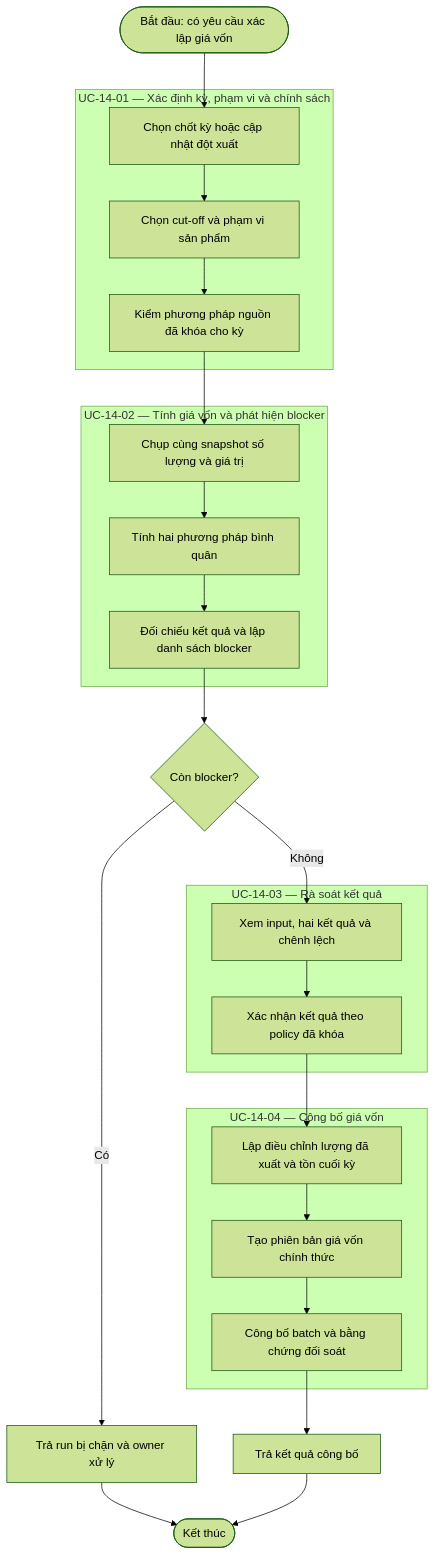
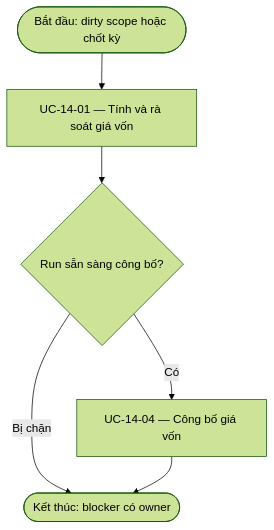
One commit to DsChien102/erp-sales-inventory changed the diagram in specs/themes/theme-07/02.specification/behavior/journeys/BJ-14-tinh-va-cong-bo-gia-von.md. Above: the diagram before and after it, drawn with Mermaid (forest theme). The commit also changed other lines of this file and 4136 other files, not shown here.

````diff
--- a/specs/themes/theme-07/02.specification/behavior/journeys/BJ-14-tinh-va-cong-bo-gia-von.md
+++ b/specs/themes/theme-07/02.specification/behavior/journeys/BJ-14-tinh-va-cong-bo-gia-von.md
@@ -49,33 +32,8 @@
 ```mermaid
 flowchart TD
-    S([Bắt đầu: có yêu cầu xác lập giá vốn]) --> U1A
-
-    subgraph U1["UC-14-01 — Xác định kỳ, phạm vi và chính sách"]
-        U1A[Chọn chốt kỳ hoặc cập nhật đột xuất] --> U1B[Chọn cut-off và phạm vi sản phẩm]
-        U1B --> U1C[Kiểm phương pháp nguồn đã khóa cho kỳ]
-    end
-
-    U1C --> U2A
-    subgraph U2["UC-14-02 — Tính giá vốn và phát hiện blocker"]
-        U2A[Chụp cùng snapshot số lượng và giá trị] --> U2B[Tính hai phương pháp bình quân]
-        U2B --> U2C[Đối chiếu kết quả và lập danh sách blocker]
-    end
-
-    U2C --> B{Còn blocker?}
-    B -->|Có| R0[Trả run bị chặn và owner xử lý]
-    B -->|Không| U3A
-
-    subgraph U3["UC-14-03 — Rà soát kết quả"]
-        U3A[Xem input, hai kết quả và chênh lệch] --> U3B[Xác nhận kết quả theo policy đã khóa]
-    end
-
-    U3B --> U4A
-    subgraph U4["UC-14-04 — Công bố giá vốn"]
-        U4A[Lập điều chỉnh lượng đã xuất và tồn cuối kỳ] --> U4B[Tạo phiên bản giá vốn chính thức]
-        U4B --> U4C[Công bố batch và bằng chứng đối soát]
-    end
-
-    U4C --> R1[Trả kết quả công bố]
-    R0 --> E([Kết thúc])
-    R1 --> E
+    Begin([Bắt đầu: dirty scope hoặc chốt kỳ]) --> U1["UC-14-01 — Tính và rà soát giá vốn"]
+    U1 --> D{"Run sẵn sàng công bố?"}
+    D -->|Bị chặn| End([Kết thúc: blocker có owner])
+    D -->|Có| U2["UC-14-04 — Công bố giá vốn"]
+    U2 --> End
 ```
````
